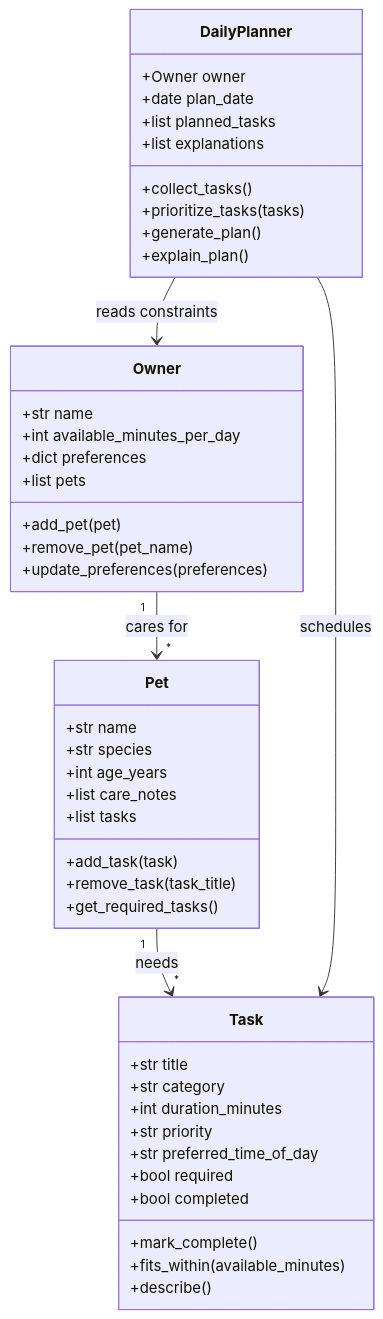
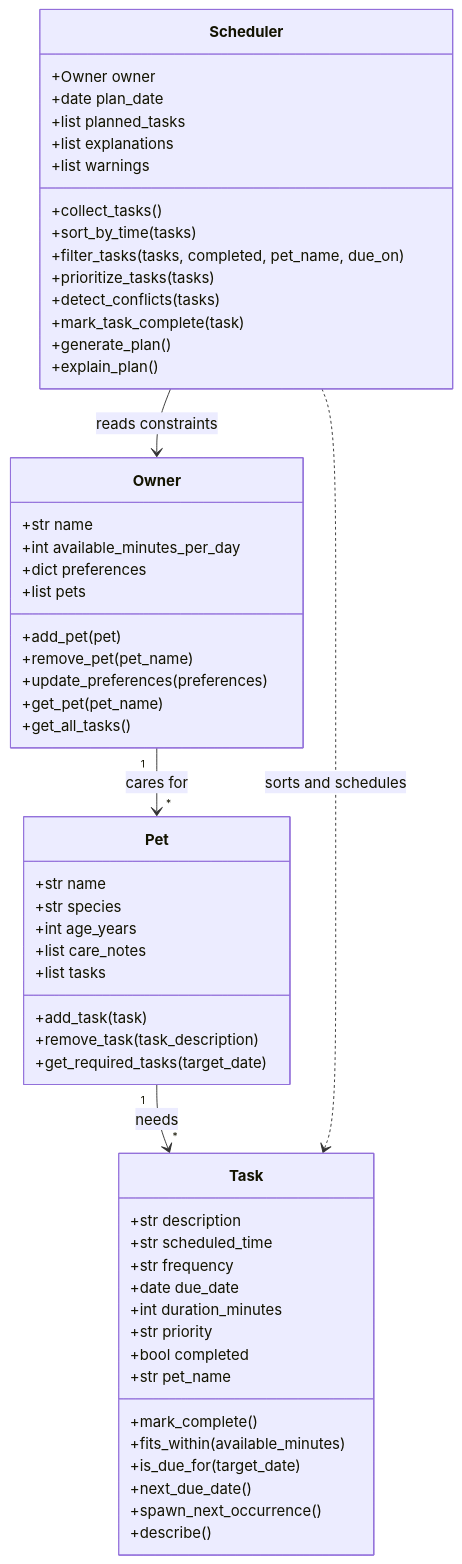
Before and after one commit to cyrilkups/ai110-module2show-pawpal-starter: the diagram in reflection.md, drawn with Mermaid. The commit also changed other lines of this file and 6 other files, not shown here.

Commit message:
chore: add class skeletons from UML

````diff
--- a/reflection.md
+++ b/reflection.md
@@ -22,52 +22,63 @@
 ```mermaid
 classDiagram
+    class Pet {
+        +str name
+        +str species
+        +int age_years
+        +list care_notes
+        +list tasks
+        +add_task(task)
+        +remove_task(task_description)
+        +get_required_tasks(target_date)
+    }
+
+    class Task {
+        +str description
+        +str scheduled_time
+        +str frequency
+        +date due_date
+        +int duration_minutes
+        +str priority
+        +bool completed
+        +str pet_name
+        +mark_complete()
+        +fits_within(available_minutes)
+        +is_due_for(target_date)
+        +next_due_date()
+        +spawn_next_occurrence()
+        +describe()
+    }
+
     class Owner {
         +str name
         +int available_minutes_per_day
         +dict preferences
         +list pets
         +add_pet(pet)
         +remove_pet(pet_name)
         +update_preferences(preferences)
+        +get_pet(pet_name)
+        +get_all_tasks()
     }
 
-    class Pet {
-        +str name
-        +str species
-        +int age_years
-        +list care_notes
-        +list tasks
-        +add_task(task)
-        +remove_task(task_title)
-        +get_required_tasks()
-    }
-
-    class Task {
-        +str title
-        +str category
-        +int duration_minutes
-        +str priority
-        +str preferred_time_of_day
-        +bool required
-        +bool completed
-        +mark_complete()
-        +fits_within(available_minutes)
-        +describe()
-    }
-
-    class DailyPlanner {
+    class Scheduler {
         +Owner owner
         +date plan_date
         +list planned_tasks
         +list explanations
+        +list warnings
         +collect_tasks()
+        +sort_by_time(tasks)
+        +filter_tasks(tasks, completed, pet_name, due_on)
         +prioritize_tasks(tasks)
+        +detect_conflicts(tasks)
+        +mark_task_complete(task)
         +generate_plan()
         +explain_plan()
     }
 
     Owner "1" --> "*" Pet : cares for
     Pet "1" --> "*" Task : needs
-    DailyPlanner --> Owner : reads constraints
-    DailyPlanner --> Task : schedules
+    Scheduler --> Owner : reads constraints
+    Scheduler ..> Task : sorts and schedules
 ```
````
